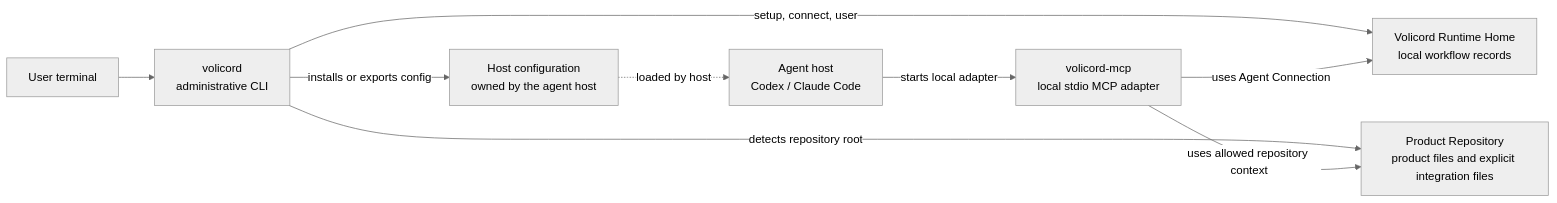
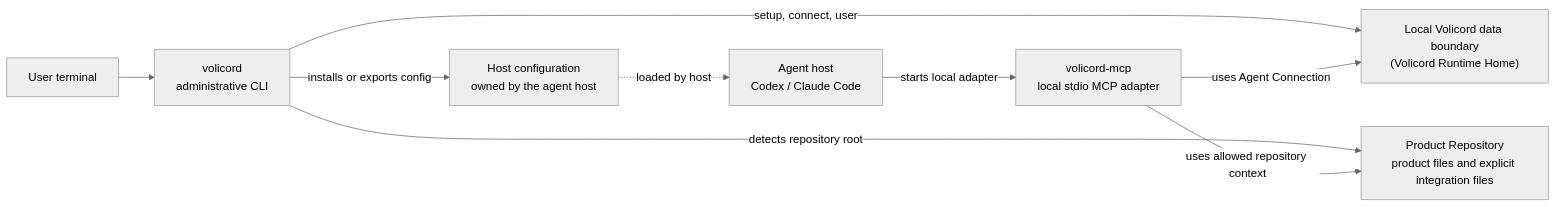
Before and after one commit to minjungw00/Volicord: the second of 2 diagrams in README.md, drawn with Mermaid (neutral theme). The commit also changed other lines of this file and 1 other file, not shown here.

Commit message:
docs: refine diagram explanations

````diff
--- a/README.md
+++ b/README.md
@@ -164,19 +165,19 @@
 ```mermaid
 flowchart LR
   terminal["User terminal"]
   cli["volicord<br/>administrative CLI"]
   host["Agent host<br/>Codex / Claude Code"]
   adapter["volicord-mcp<br/>local stdio MCP adapter"]
-  home["Volicord Runtime Home<br/>local workflow records"]
+  home["Local Volicord data boundary<br/>(Volicord Runtime Home)"]
   repo["Product Repository<br/>product files and explicit integration files"]
   config["Host configuration<br/>owned by the agent host"]
 
   terminal --> cli
   cli -- "setup, connect, user" --> home
   cli -- "detects repository root" --> repo
   cli -- "installs or exports config" --> config
   config -. "loaded by host" .-> host
   host -- "starts local adapter" --> adapter
   adapter -- "uses Agent Connection" --> home
   adapter -- "uses allowed repository context" --> repo
 ```
````
